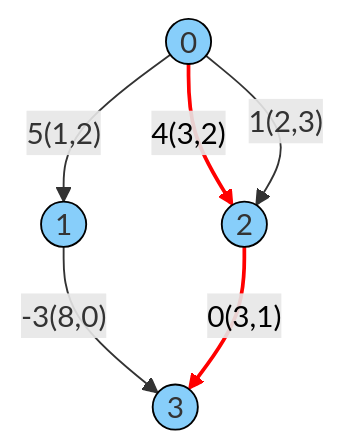
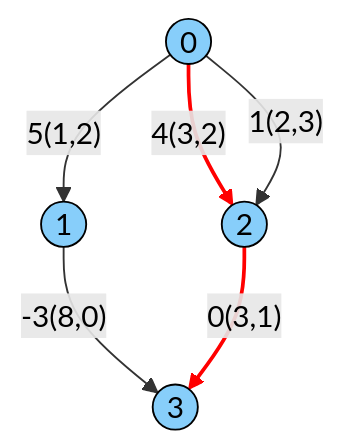
One commit to google/or-tools changed the first of 2 diagrams in ortools/graph/docs/constrained_shortest_path_dag.md. Above: the diagram before and after it, drawn with Mermaid. The commit also changed other lines of this file and 1 other file, not shown here.

Commit message:
graph: mermaid graph fixup

````diff
--- a/ortools/graph/docs/constrained_shortest_path_dag.md
+++ b/ortools/graph/docs/constrained_shortest_path_dag.md
@@ -91,14 +91,15 @@
 ```mermaid
 graph TB
     0((0))
     1((1))
     2((2))
     3((3))
     0 -- "5(1,2)" --> 1
     0 == "4(3,2)" ==> 2
     0 -- "1(2,3)" --> 2
     1 -- "-3(8,0)" --> 3
     2 == "0(3,1)" ==> 3
-    classDef node stroke:black,fill:lightskyblue
-    linkStyle 1,4 stroke:red,stroke-width:2px,color:black;
+    classDef default stroke:black,fill:lightskyblue,color:black
+    linkStyle default color:black
+    linkStyle 1,4 stroke:red,stroke-width:2px
 ```
````
